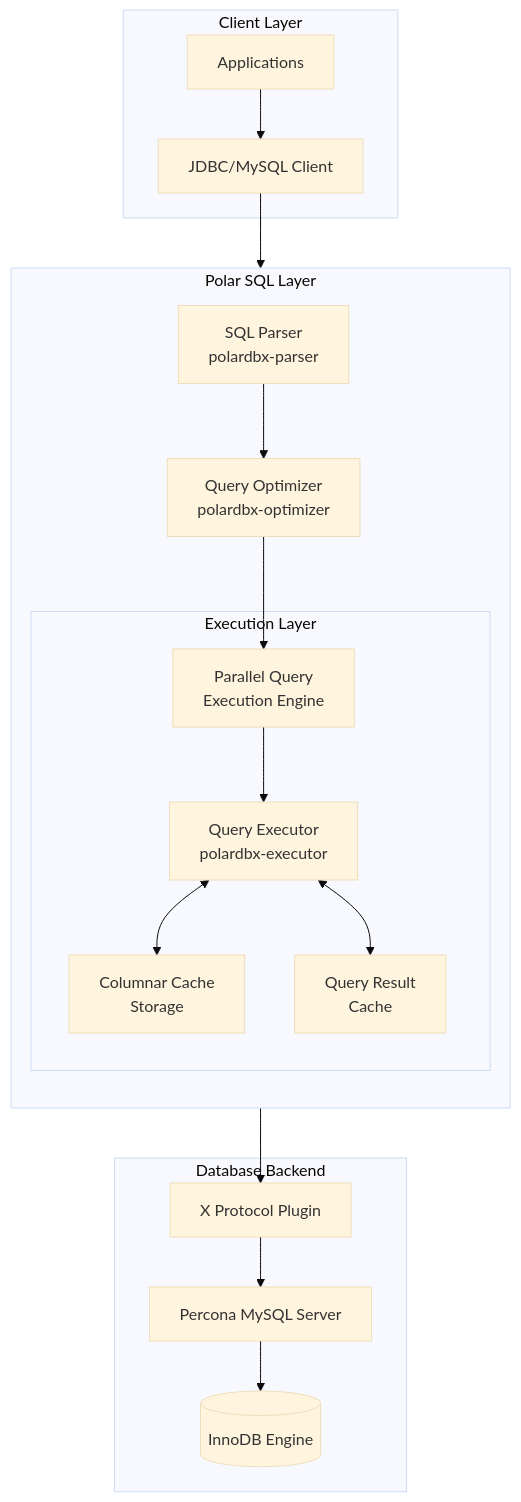
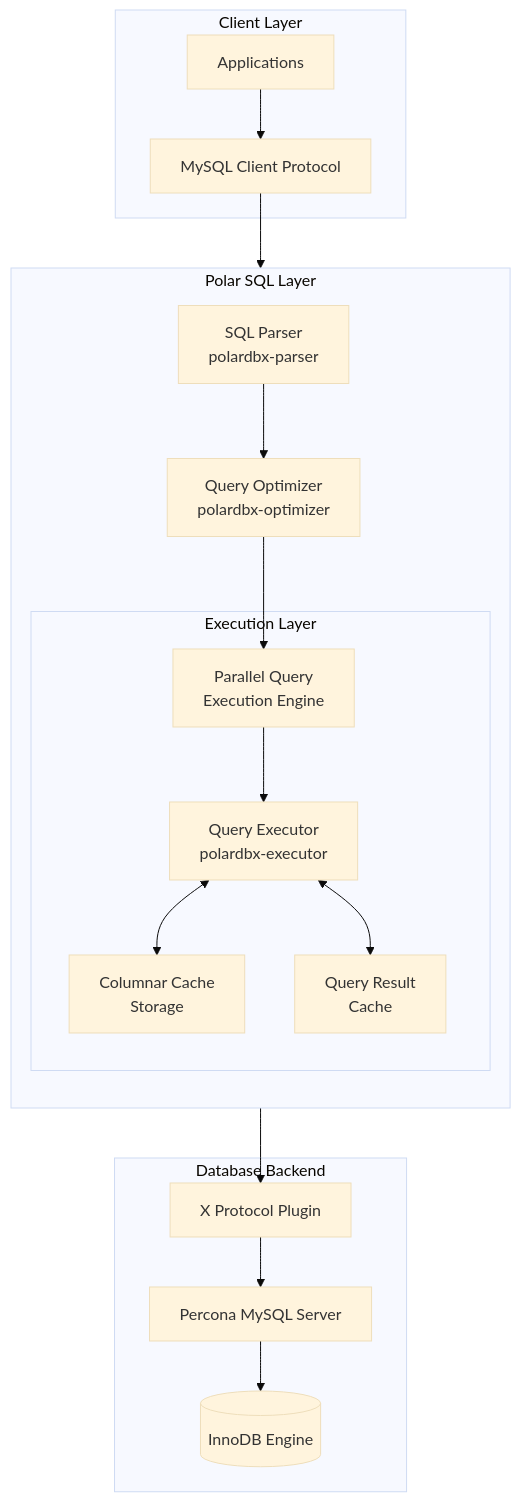
One commit to wilhasse/courses changed the diagram in db/polardbx/docs/project_goal.md. Above: the diagram before and after it, drawn with Mermaid (base theme). The commit also changed 4 other files, not shown here.

````diff
--- a/db/polardbx/docs/project_goal.md
+++ b/db/polardbx/docs/project_goal.md
@@ -3,44 +3,44 @@
 ```mermaid
 graph TB
     subgraph Client["Client Layer"]
         App[Applications]
-        JDBC[JDBC/MySQL Client]
+        MySQL[MySQL Client Protocol]
     end
 
     subgraph PolarSQL["Polar SQL Layer"]
         direction TB
         Parser[SQL Parser<br>polardbx-parser]
         Optimizer[Query Optimizer<br>polardbx-optimizer]
         
         subgraph Execution["Execution Layer"]
             ParallelExec[Parallel Query<br>Execution Engine]
             Executor[Query Executor<br>polardbx-executor]
             ColumnStore[Columnar Cache<br>Storage]
             ResultCache[Query Result<br>Cache]
         end
     end
 
     subgraph Backend["Database Backend"]
         XProtocol[X Protocol Plugin]
         PerconaSQL[Percona MySQL Server]
         InnoDB[(InnoDB Engine)]
     end
 
     %% Client connections
-    App --> JDBC
-    JDBC --> Parser
+    App --> MySQL
+    MySQL --> Parser
 
     %% Query Flow
     Parser --> Optimizer
     Optimizer --> ParallelExec
     ParallelExec --> Executor
     
     %% Cache and Storage Interactions
     Executor <--> ColumnStore
     Executor <--> ResultCache
     
     %% Backend Flow
     Executor --> XProtocol
     XProtocol --> PerconaSQL
     PerconaSQL --> InnoDB
 ```
````
